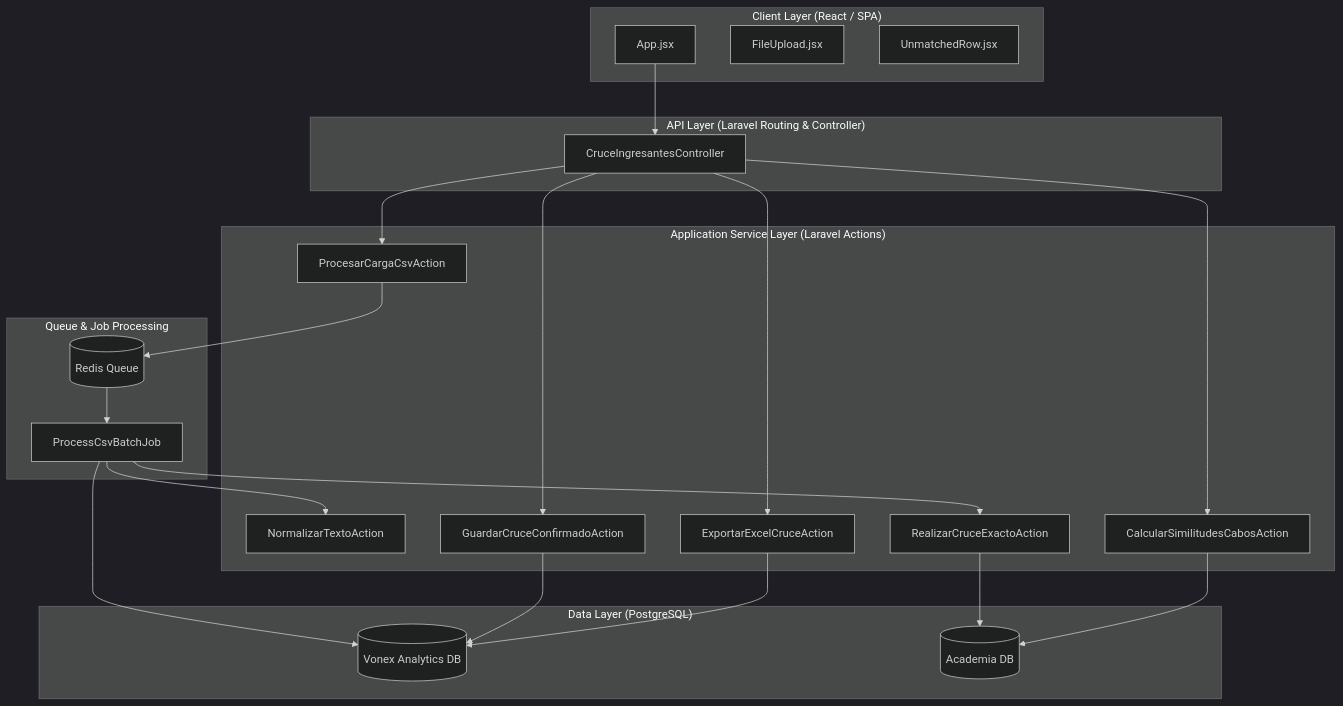
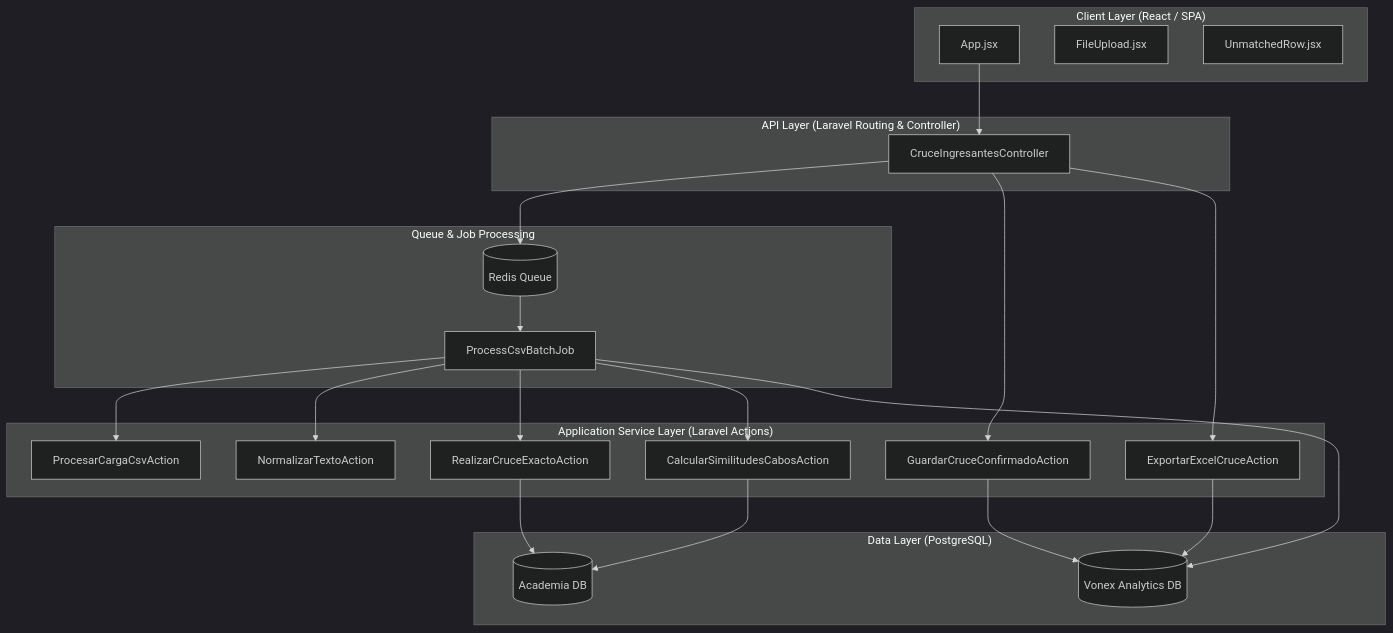
Before and after one commit to renzo971/proyectovonex: the diagram in .specify/specs/001-motor-cruce-ingresantes/plan.md, drawn with Mermaid (dark theme). The commit also changed other lines of this file, not shown here.

Commit message:
docs: actualizamos para que el fuzy match corra dentro del job

````diff
--- a/.specify/specs/001-motor-cruce-ingresantes/plan.md
+++ b/.specify/specs/001-motor-cruce-ingresantes/plan.md
@@ -14,50 +14,50 @@
 ```mermaid
 graph TB
     subgraph "Client Layer (React / SPA)"
         UI[App.jsx]
         Upload[FileUpload.jsx]
         Unmatched[UnmatchedRow.jsx]
     end
     
     subgraph "API Layer (Laravel Routing & Controller)"
         CTRL[CruceIngresantesController]
     end
     
     subgraph "Application Service Layer (Laravel Actions)"
         ACT_NORM[NormalizarTextoAction]
         ACT_CSV[ProcesarCargaCsvAction]
         ACT_EXACT[RealizarCruceExactoAction]
         ACT_FUZZY[CalcularSimilitudesCabosAction]
         ACT_CONFIRM[GuardarCruceConfirmadoAction]
         ACT_EXCEL[ExportarExcelCruceAction]
     end
 
     subgraph "Queue & Job Processing"
         Redis[(Redis Queue)]
         Job[ProcessCsvBatchJob]
     end
     
     subgraph "Data Layer (PostgreSQL)"
         DB_VONEX[(Vonex Analytics DB)]
         DB_ACADEMIA[(Academia DB)]
     end
     
     UI --> CTRL
-    CTRL --> ACT_CSV
-    ACT_CSV --> Redis
+    CTRL --> Redis
     Redis --> Job
     
+    Job --> ACT_CSV
     Job --> ACT_NORM
     Job --> ACT_EXACT
+    Job --> ACT_FUZZY
     
-    CTRL --> ACT_FUZZY
     CTRL --> ACT_CONFIRM
     CTRL --> ACT_EXCEL
     
     ACT_EXACT --> DB_ACADEMIA
     ACT_FUZZY --> DB_ACADEMIA
     
     Job --> DB_VONEX
     ACT_CONFIRM --> DB_VONEX
     ACT_EXCEL --> DB_VONEX
 ```
````
